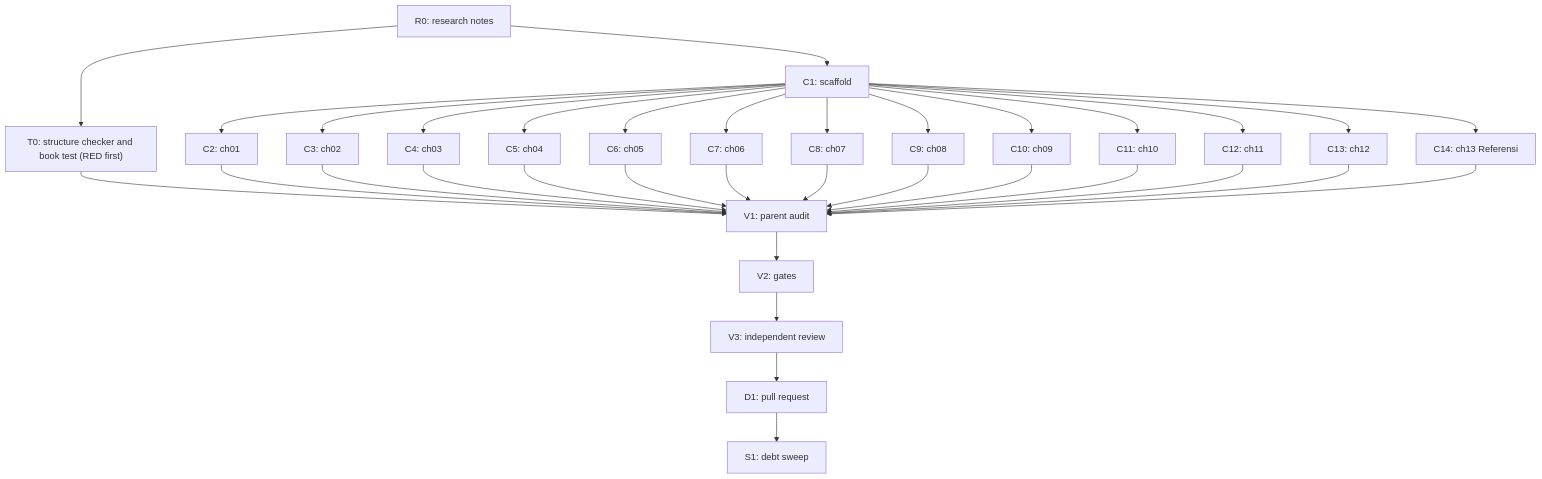
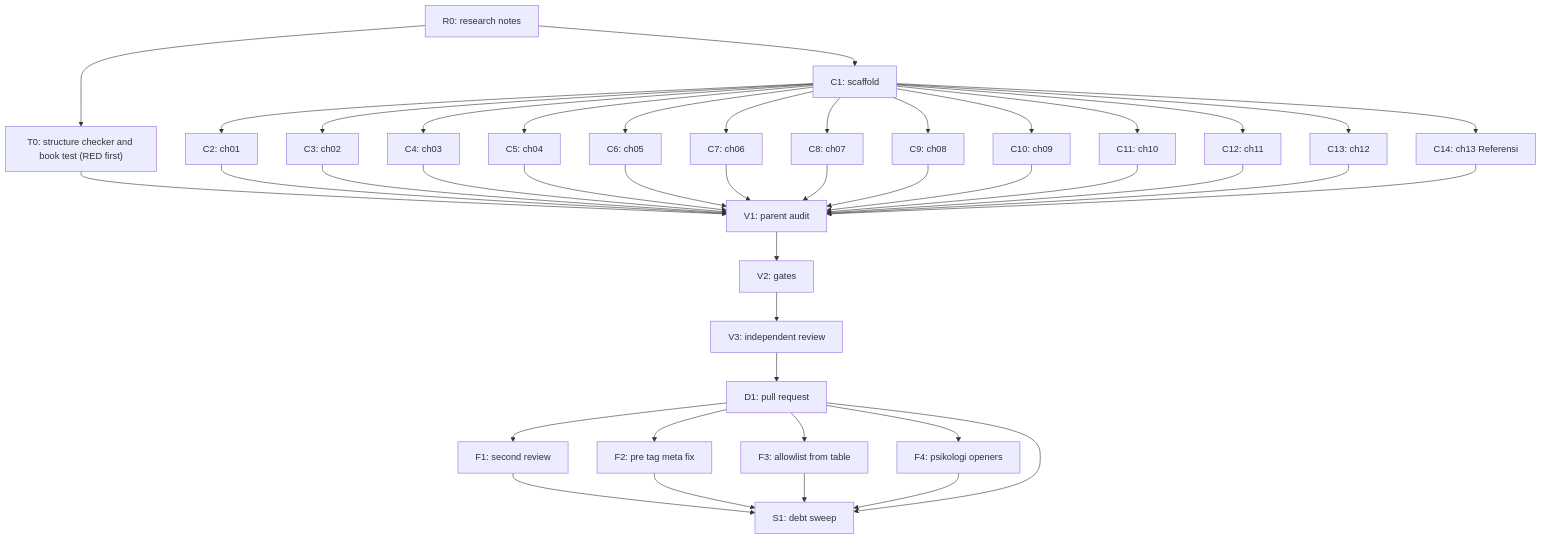
Before and after one commit to belajarcarabelajar/dawnbook: the diagram in docs/code-plan/plans/2026-10-15-dawnbook-soft-power-manga-anime.md, drawn with Mermaid. The commit also changed other lines of this file and 14 other files, not shown here.

````diff
--- a/docs/code-plan/plans/2026-10-15-dawnbook-soft-power-manga-anime.md
+++ b/docs/code-plan/plans/2026-10-15-dawnbook-soft-power-manga-anime.md
@@ -245,38 +285,46 @@
 ```mermaid
 flowchart TD
     accTitle: Book authoring plan for Soft Power Jepang Lewat Manga dan Anime
     accDescr: Research notes feed the scaffold, the scaffold feeds thirteen parallel chapter tasks, which converge on the parent audit, the gates, an independent review, the pull request, and the debt sweep.
     R0["R0: research notes"] --> C1["C1: scaffold"]
     R0 --> T0["T0: structure checker and book test (RED first)"]
     T0 --> V1
     C1 --> C2["C2: ch01"]
     C1 --> C3["C3: ch02"]
     C1 --> C4["C4: ch03"]
     C1 --> C5["C5: ch04"]
     C1 --> C6["C6: ch05"]
     C1 --> C7["C7: ch06"]
     C1 --> C8["C8: ch07"]
     C1 --> C9["C9: ch08"]
     C1 --> C10["C10: ch09"]
     C1 --> C11["C11: ch10"]
     C1 --> C12["C12: ch11"]
     C1 --> C13["C13: ch12"]
     C1 --> C14["C14: ch13 Referensi"]
     C2 --> V1["V1: parent audit"]
     C3 --> V1
     C4 --> V1
     C5 --> V1
     C6 --> V1
     C7 --> V1
     C8 --> V1
     C9 --> V1
     C10 --> V1
     C11 --> V1
     C12 --> V1
     C13 --> V1
     C14 --> V1
     V1 --> V2["V2: gates"]
     V2 --> V3["V3: independent review"]
     V3 --> D1["D1: pull request"]
-    D1 --> S1["S1: debt sweep"]
+    D1 --> F1["F1: second review"]
+    D1 --> F2["F2: pre tag meta fix"]
+    D1 --> F3["F3: allowlist from table"]
+    D1 --> F4["F4: psikologi openers"]
+    F1 --> S1["S1: debt sweep"]
+    F2 --> S1
+    F3 --> S1
+    F4 --> S1
+    D1 --> S1
 ```
````
